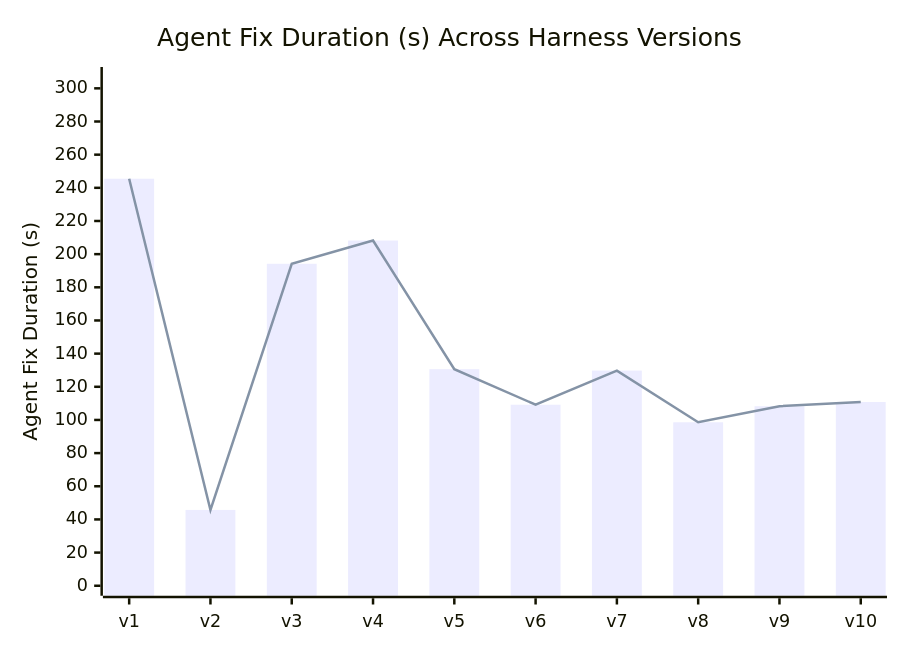
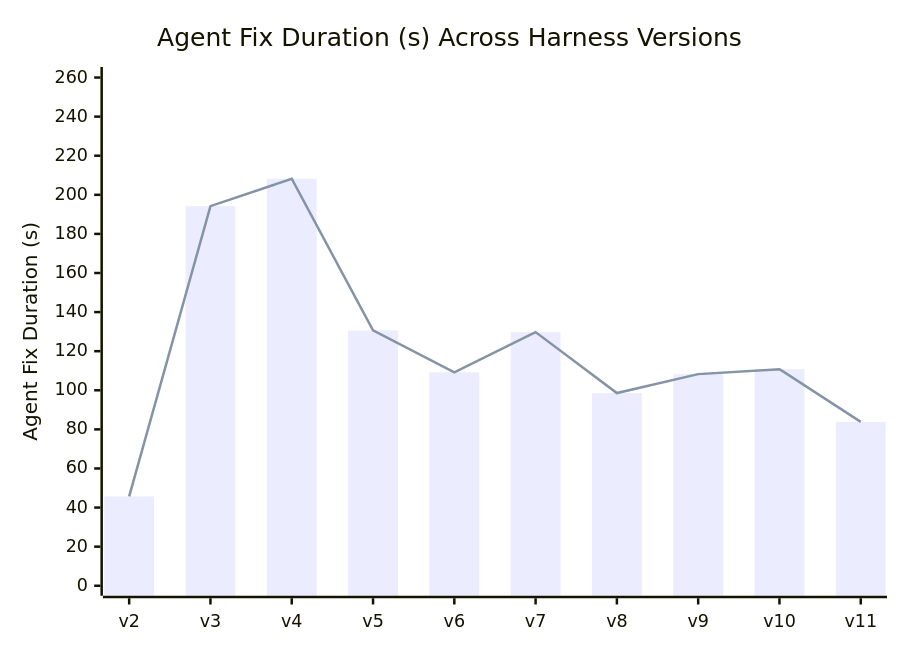
Before and after one commit to denizin42/cs440-lab6-thealgorithms-contrib: the diagram in PERFORMANCE_REPORT.md, drawn with Mermaid. The commit also changed other lines of this file and 7 other files, not shown here.

````diff
--- a/PERFORMANCE_REPORT.md
+++ b/PERFORMANCE_REPORT.md
@@ -21,8 +21,8 @@
 ```mermaid
 xychart-beta
     title "Agent Fix Duration (s) Across Harness Versions"
-    x-axis ["v1", "v2", "v3", "v4", "v5", "v6", "v7", "v8", "v9", "v10"]
-    y-axis "Agent Fix Duration (s)" 0 --> 306.84
-    bar [245.475, 45.724, 194.199, 208.213, 130.619, 109.192, 129.762, 98.587, 108.264, 110.805]
-    line [245.475, 45.724, 194.199, 208.213, 130.619, 109.192, 129.762, 98.587, 108.264, 110.805]
+    x-axis ["v2", "v3", "v4", "v5", "v6", "v7", "v8", "v9", "v10", "v11"]
+    y-axis "Agent Fix Duration (s)" 0 --> 260.27
+    bar [45.724, 194.199, 208.213, 130.619, 109.192, 129.762, 98.587, 108.264, 110.805, 83.822]
+    line [45.724, 194.199, 208.213, 130.619, 109.192, 129.762, 98.587, 108.264, 110.805, 83.822]
 ```
````
